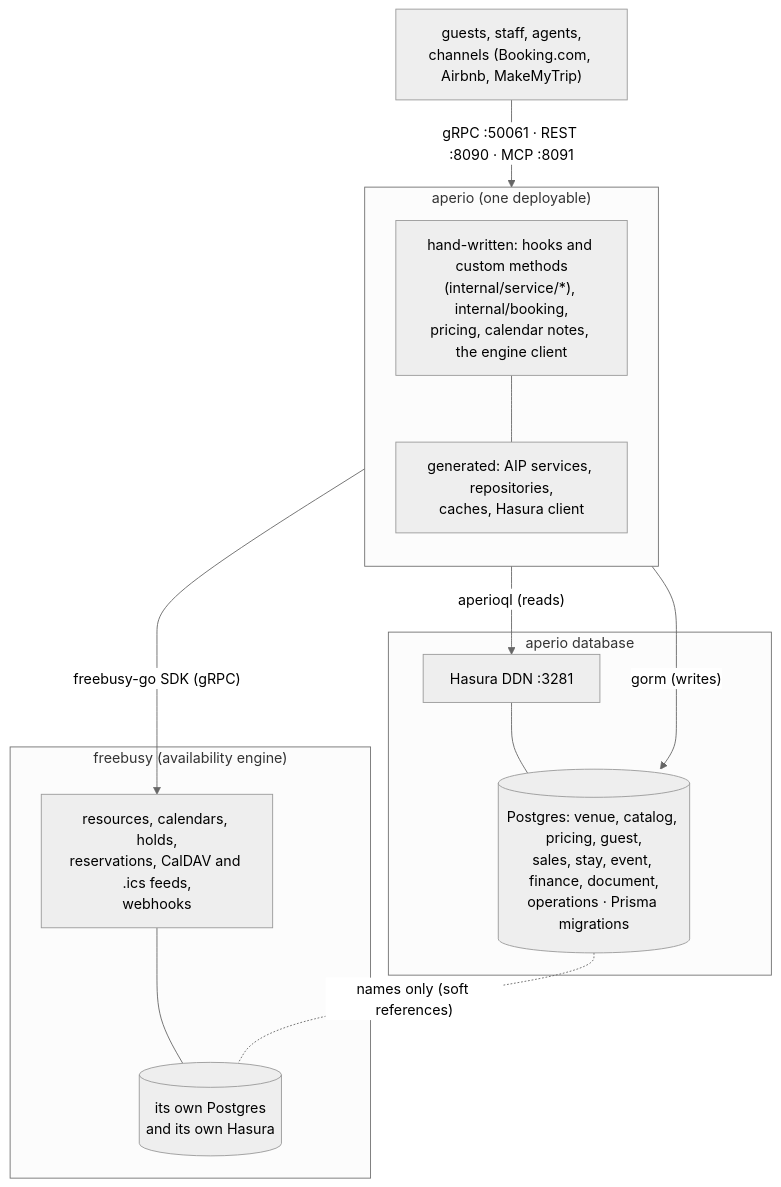
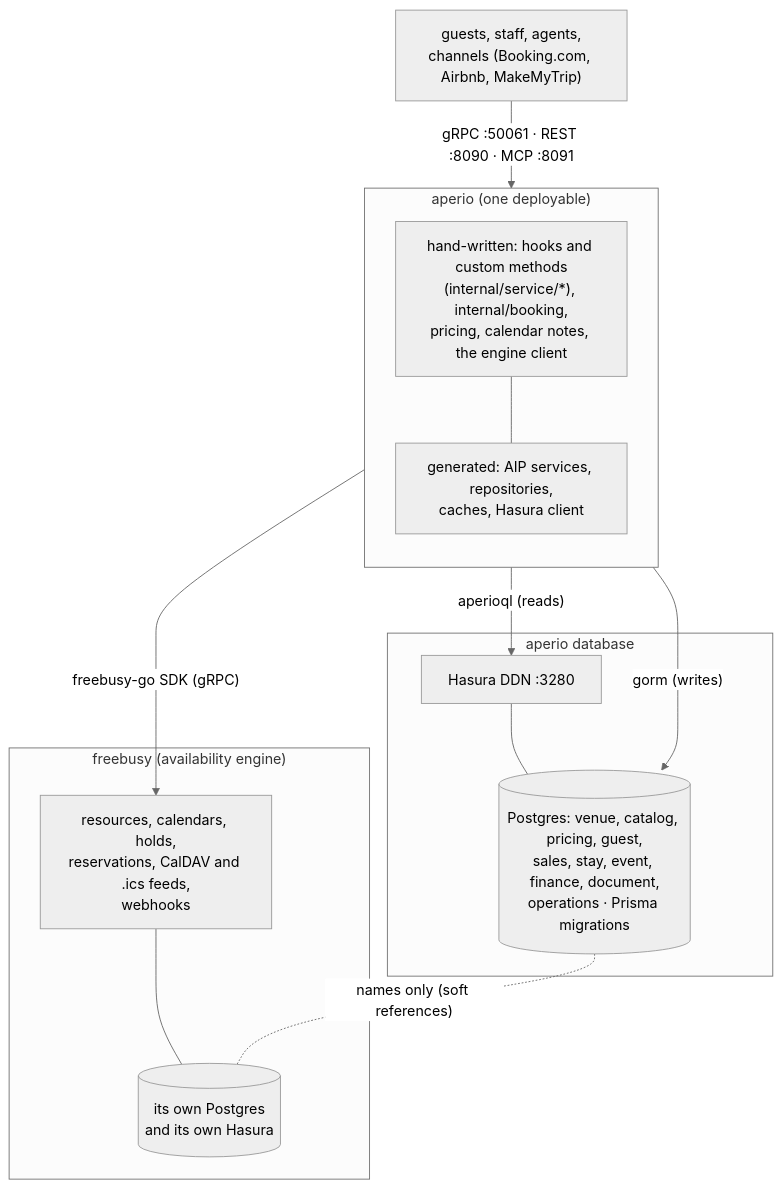
One commit to shokki-engineering/aperio changed the diagram in docs/roadmap.md. Above: the diagram before and after it, drawn with Mermaid (neutral theme). The commit also changed other lines of this file and 633 other files, not shown here.

````diff
--- a/docs/roadmap.md
+++ b/docs/roadmap.md
@@ -17,29 +17,29 @@
 ```mermaid
 flowchart TB
     who["guests, staff, agents,<br/>channels (Booking.com, Airbnb, MakeMyTrip)"]
     who -->|"gRPC :50061 · REST :8090 · MCP :8091"| aperio
 
     subgraph aperio["aperio (one deployable)"]
         direction TB
         hand["hand-written: hooks and custom methods<br/>(internal/service/*), internal/booking,<br/>pricing, calendar notes, the engine client"]
         gen["generated: AIP services, repositories,<br/>caches, Hasura client"]
         hand --- gen
     end
 
     subgraph adb["aperio database"]
         pg[("Postgres: venue, catalog, pricing, guest,<br/>sales, stay, event, finance, document,<br/>operations · Prisma migrations")]
-        ddn["Hasura DDN :3281"]
+        ddn["Hasura DDN :3280"]
         ddn --- pg
     end
 
     subgraph fb["freebusy (availability engine)"]
         fbsvc["resources, calendars, holds,<br/>reservations, CalDAV and .ics feeds,<br/>webhooks"]
         fbpg[("its own Postgres<br/>and its own Hasura")]
         fbsvc --- fbpg
     end
 
     aperio -->|"gorm (writes)"| pg
     aperio -->|"aperioql (reads)"| ddn
     aperio -->|"freebusy-go SDK (gRPC)"| fbsvc
     pg -.-|"names only (soft references)"| fbpg
 ```
````
